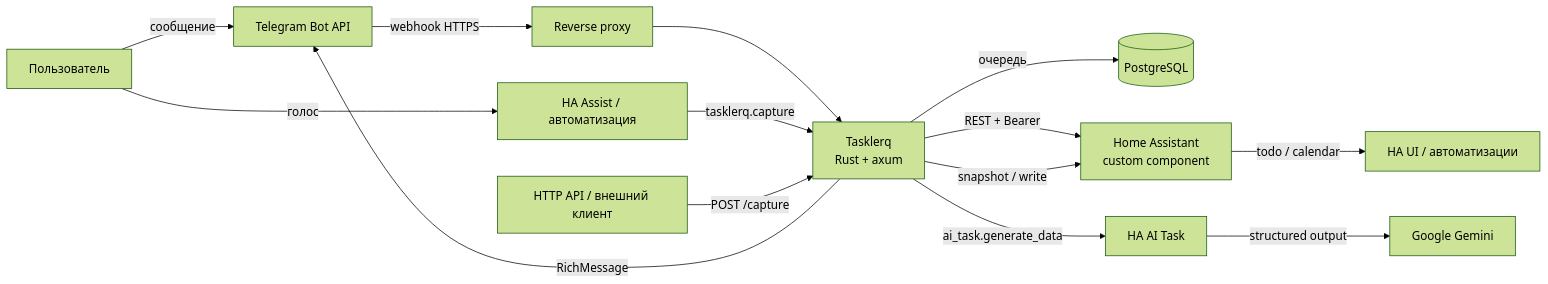
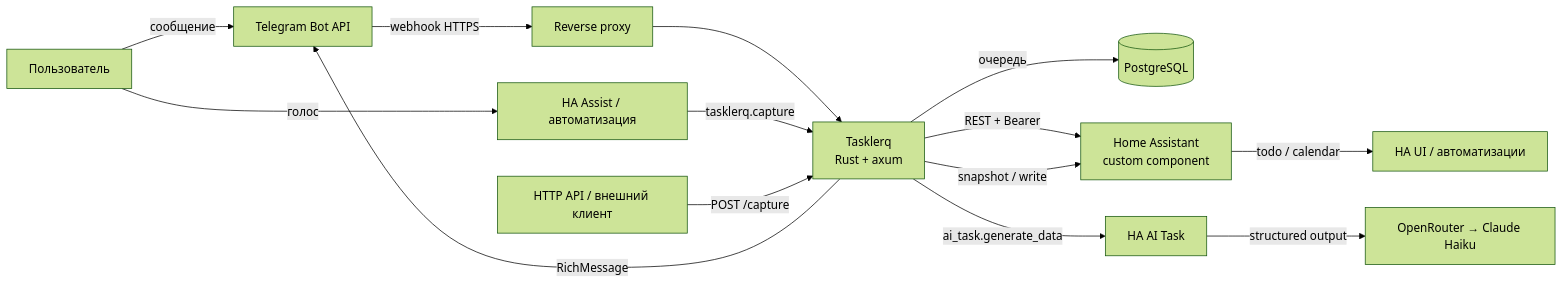
One commit to StellaLupus/tasklerq changed the diagram in README.md. Above: the diagram before and after it, drawn with Mermaid (forest theme). The commit also changed other lines of this file and 11 other files, not shown here.

````diff
--- a/README.md
+++ b/README.md
@@ -42,16 +42,16 @@
 ```mermaid
 flowchart LR
     U[Пользователь] -->|сообщение| TG[Telegram Bot API]
     U -->|голос| VA[HA Assist / автоматизация]
     TG -->|webhook HTTPS| RP[Reverse proxy]
     RP --> APP[Tasklerq<br/>Rust + axum]
     VA -->|tasklerq.capture| APP
     SC[HTTP API / внешний клиент] -->|POST /capture| APP
     APP -->|очередь| DB[(PostgreSQL)]
     APP -->|RichMessage| TG
     APP -->|REST + Bearer| HA[Home Assistant<br/>custom component]
     HA -->|todo / calendar| HAU[HA UI / автоматизации]
     APP -->|ai_task.generate_data| HAI[HA AI Task]
-    HAI -->|structured output| GEM[Google Gemini]
+    HAI -->|structured output| GEM[OpenRouter → Claude Haiku]
     APP -->|snapshot / write| HA
 ```
````
